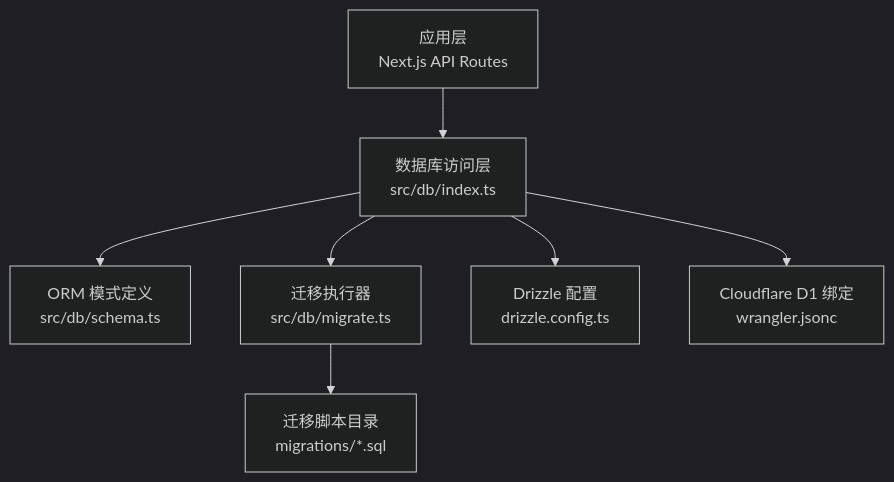
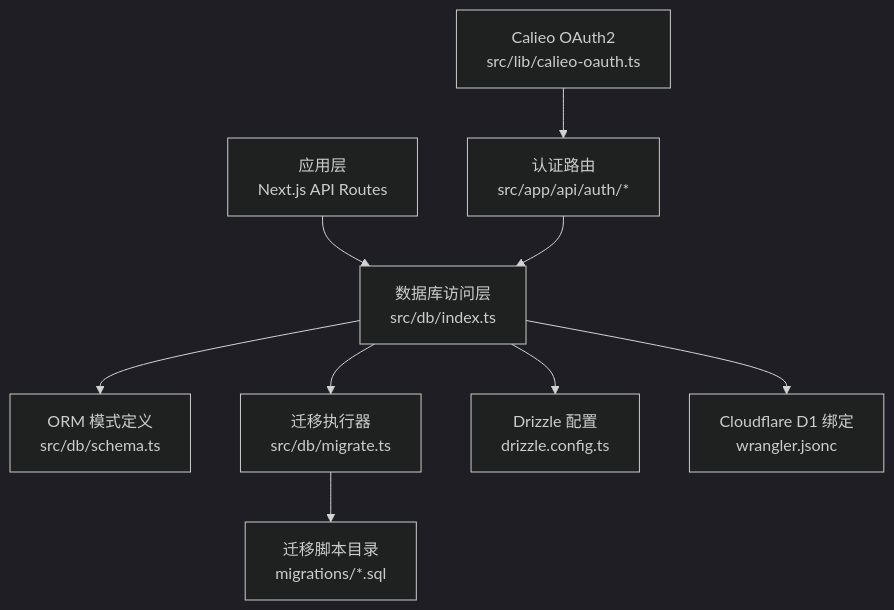
Before and after one commit to pnnh/weable: the first of 8 diagrams in .qoder/repowiki/zh/content/核心模块/数据库设计.md, drawn with Mermaid (dark theme). The commit also changed other lines of this file and 187 other files, not shown here.

````diff
--- a/.qoder/repowiki/zh/content/核心模块/数据库设计.md
+++ b/.qoder/repowiki/zh/content/核心模块/数据库设计.md
@@ -37,9 +47,11 @@
 ```mermaid
 graph TB
 A["应用层<br/>Next.js API Routes"] --> B["数据库访问层<br/>src/db/index.ts"]
 B --> C["ORM 模式定义<br/>src/db/schema.ts"]
 B --> D["迁移执行器<br/>src/db/migrate.ts"]
 D --> E["迁移脚本目录<br/>migrations/*.sql"]
 B --> F["Drizzle 配置<br/>drizzle.config.ts"]
 B --> G["Cloudflare D1 绑定<br/>wrangler.jsonc"]
+H["Calieo OAuth2<br/>src/lib/calieo-oauth.ts"] --> I["认证路由<br/>src/app/api/auth/*"]
+I --> B
 ```
````
